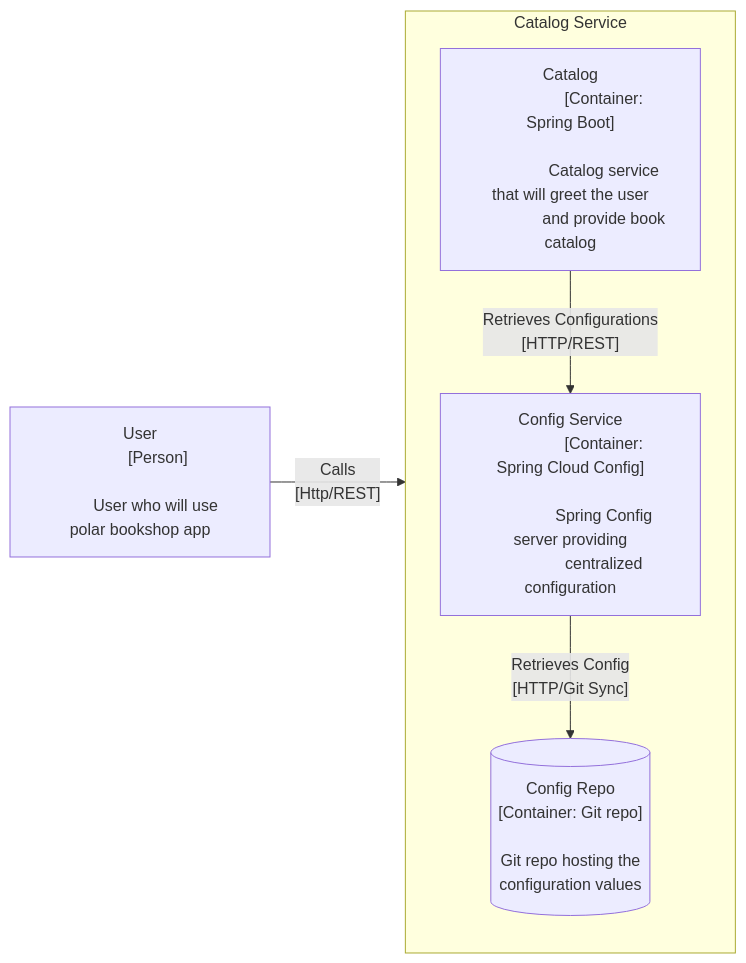
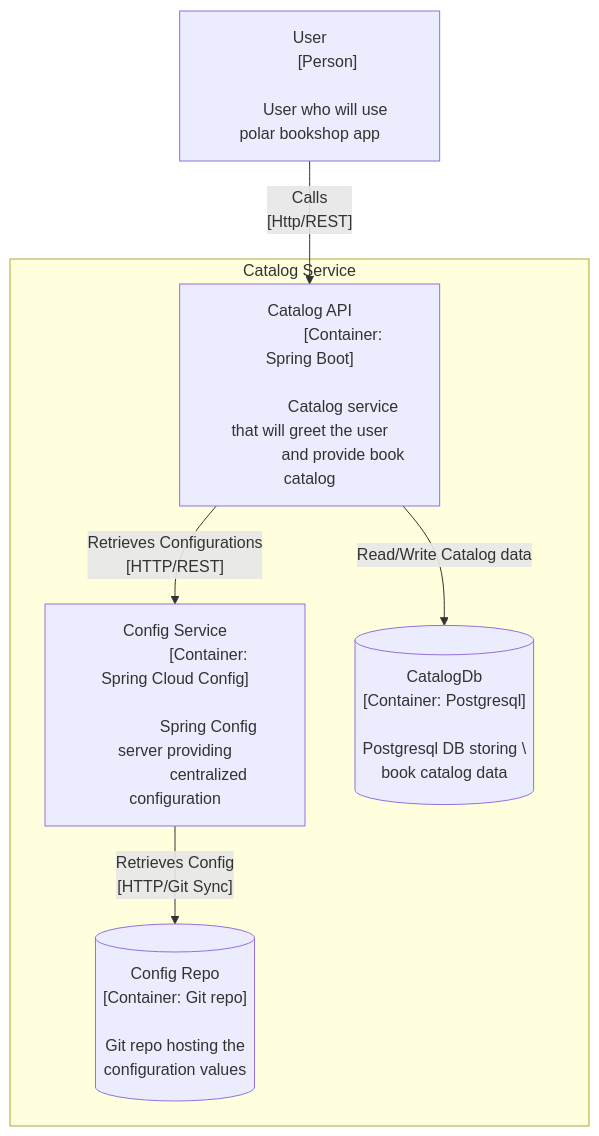
The diagram in design/ArchitectureContext.mmd (MohadKamil/BookCatalog), drawn with Mermaid before and after one commit.

Commit message:
updated container architecture for catalog service with persistence

```diff
--- a/design/ArchitectureContext.mmd
+++ b/design/ArchitectureContext.mmd
@@ -1,38 +1,45 @@
-flowchart LR
+flowchart TB
     User["User
         [Person]
 
         User who will use polar bookshop app"]
 
 
     subgraph "Catalog Service"
-        direction TB
-        Catalog["Catalog
+        Catalog["Catalog API
                 [Container: Spring Boot]
 
                 Catalog service that will greet the user
                 and provide book catalog"]
 
         Config["Config Service
                 [Container: Spring Cloud Config]
 
                 Spring Config server providing
                 centralized configuration
         "]
 
         ConfigGit[("Config Repo
                     [Container: Git repo]
 
                     Git repo hosting the
                     configuration values
         ")]
 
         Config --"Retrieves Config
                   [HTTP/Git Sync]"-->ConfigGit
 
+        CatalogDB[("CatalogDb
+                    [Container: Postgresql]
+
+                    Postgresql DB storing \
+                    book catalog data")]
+
         Catalog --"Retrieves Configurations
                     [HTTP/REST]"-->Config
+
+        Catalog --"Read/Write Catalog data"-->CatalogDB
     end
 
     User --"Calls
             [Http/REST]"--> Catalog
```
